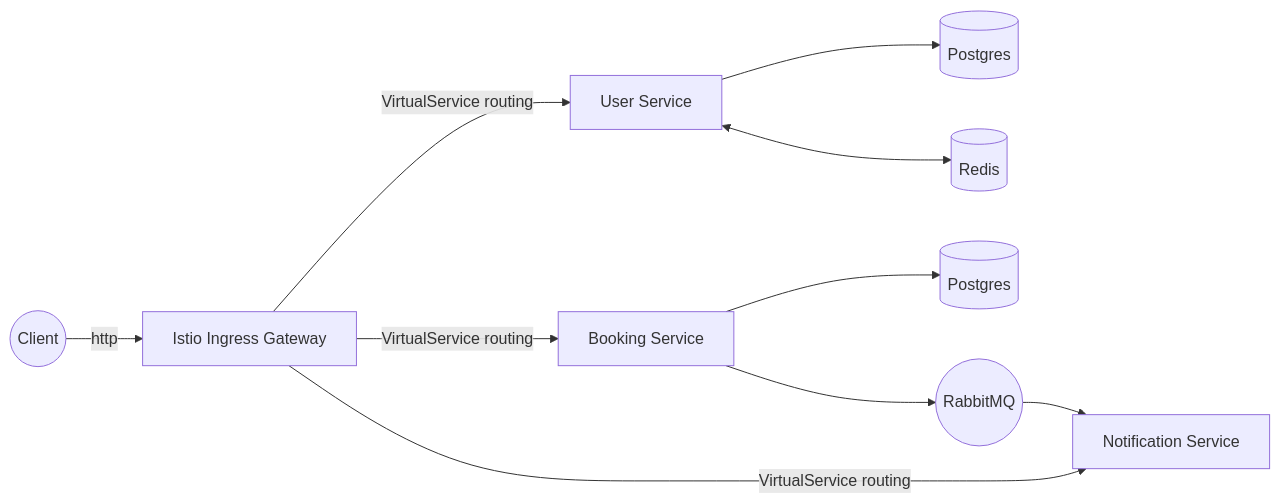
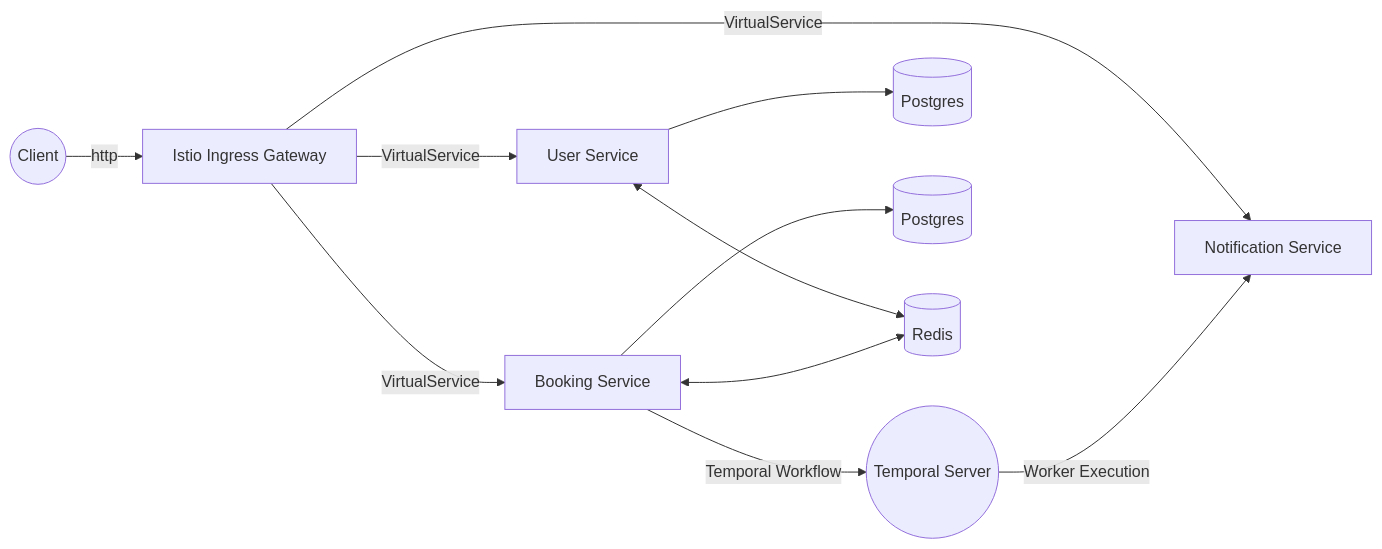
Before and after one commit to ElshinSergei/beauty-salon-k8s: the diagram in README.md, drawn with Mermaid. The commit also changed other lines of this file and 24 other files, not shown here.

Commit message:
Внедрил Temporal вместо RabbitMQ в процесс бронирования

````diff
--- a/README.md
+++ b/README.md
@@ -9,12 +9,13 @@
 ```mermaid
 graph LR
-    User((Client)) --> |http| IGW[Istio Ingress Gateway]
-    IGW --> |VirtualService routing| US[User Service]
-    IGW --> |VirtualService routing| BS[Booking Service]
-    IGW --> |VirtualService routing| NS[Notification Service]
-    US --> DB1[(Postgres)]
-    BS --> DB2[(Postgres)]
-    BS --> R((RabbitMQ))
-    R --> NS
-    US <--> Redis[(Redis)]
+   User((Client)) --> |http| IGW[Istio Ingress Gateway]
+   IGW --> |VirtualService| US[User Service]
+   IGW --> |VirtualService| BS[Booking Service]
+   IGW --> |VirtualService| NS[Notification Service]
+   BS --> |Temporal Workflow| TS((Temporal Server))
+   TS --> |Worker Execution| NS
+   US --> DB1[(Postgres)]
+   BS --> DB2[(Postgres)]
+   US <--> Redis[(Redis)]
+   BS <--> Redis
 ```
````
